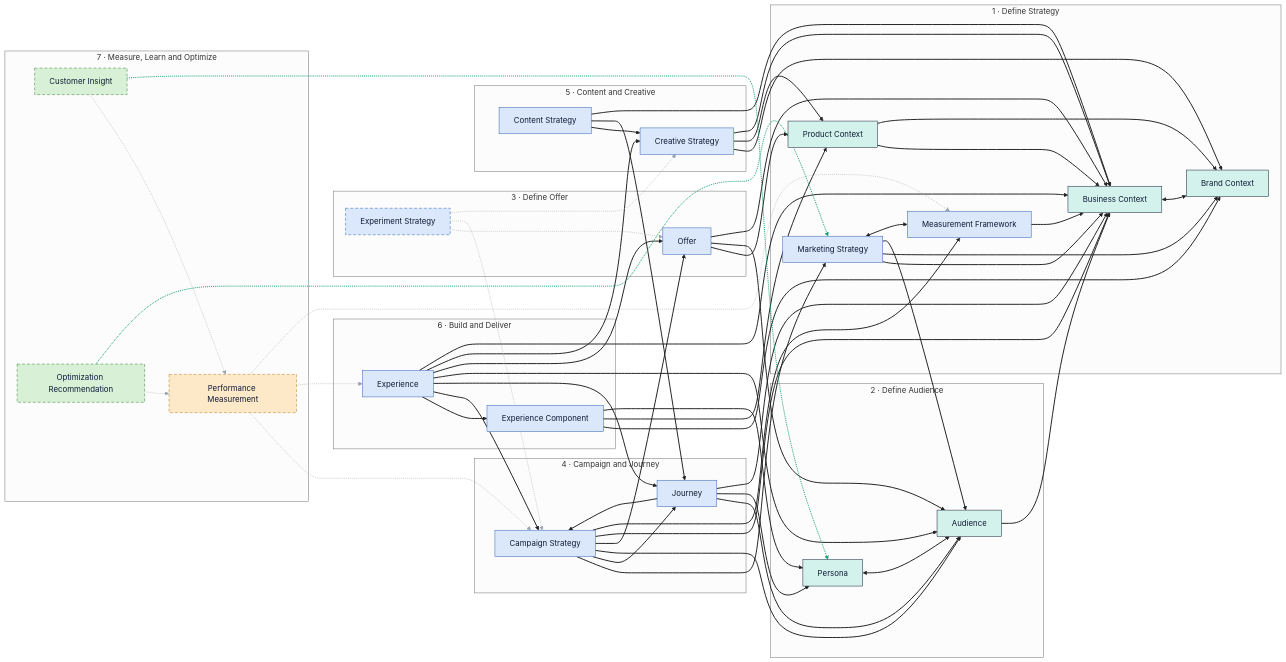
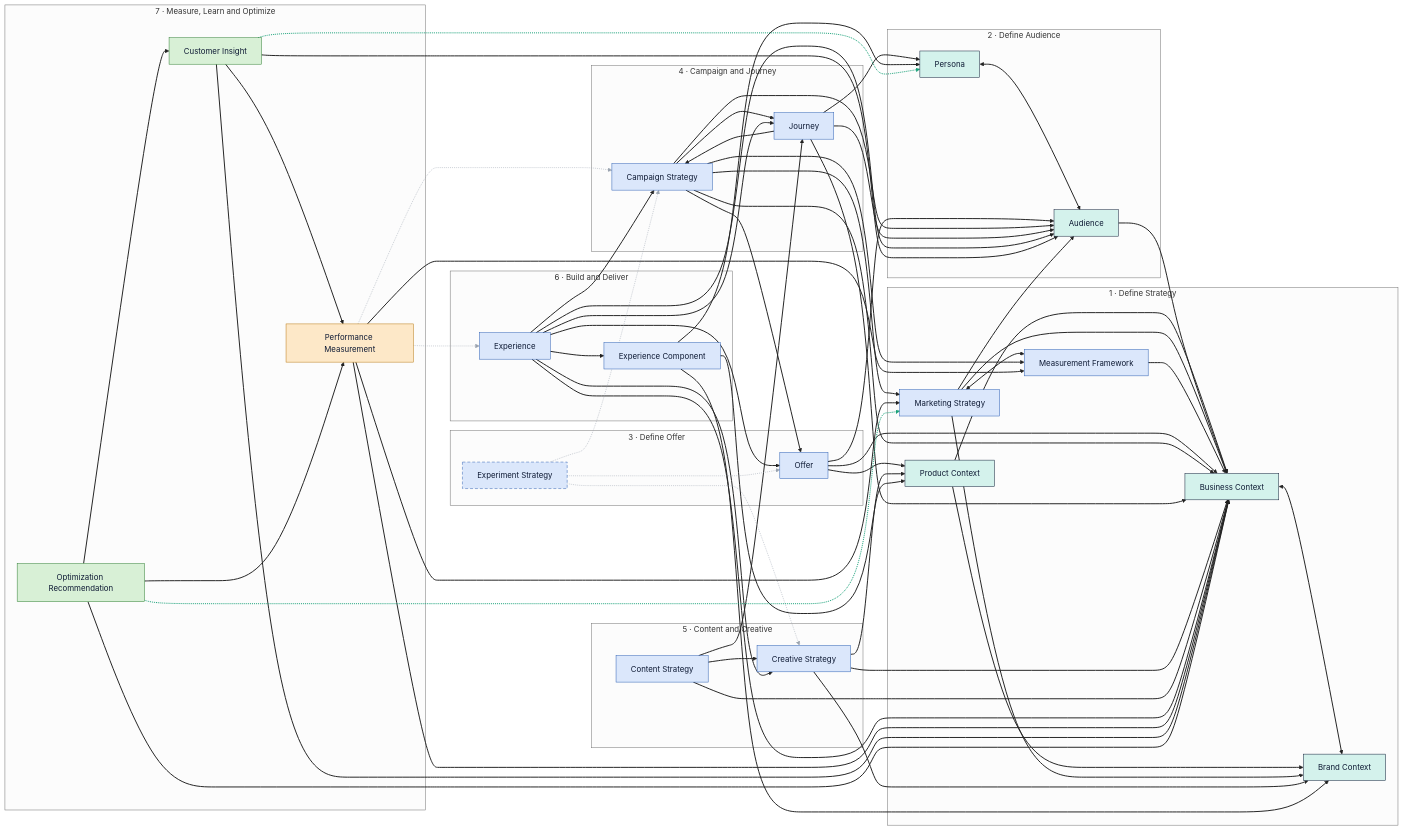
The diagram in GRAPH.md (open-semantic-marketing-model/osmm), drawn with Mermaid (neutral theme) before and after one commit. The commit also changed other lines of this file and 16 other files, not shown here.

````diff
--- a/GRAPH.md
+++ b/GRAPH.md
@@ -105,14 +105,20 @@
   experience_component --> brand_context
   experience_component --> product_context
   experience_component --> persona
+  performance_measurement --> measurement_framework
+  performance_measurement --> marketing_strategy
+  performance_measurement --> business_context
+  customer_insight --> performance_measurement
+  customer_insight --> audience
+  customer_insight --> business_context
+  optimization_recommendation --> customer_insight
+  optimization_recommendation --> performance_measurement
+  optimization_recommendation --> business_context
   experiment_strategy -.-> offer
   experiment_strategy -.-> campaign_strategy
   experiment_strategy -.-> creative_strategy
   performance_measurement -.-> campaign_strategy
   performance_measurement -.-> experience
-  performance_measurement -.-> measurement_framework
-  customer_insight -.-> performance_measurement
-  optimization_recommendation -.-> performance_measurement
   customer_insight -.-> persona
   optimization_recommendation -.-> marketing_strategy
   classDef context fill:#d4f2ec,stroke:#0f1b35,color:#0f1b35;
@@ -125,8 +131,8 @@
   class marketing_strategy,measurement_framework,offer,experiment_strategy,campaign_strategy,journey,creative_strategy,content_strategy,experience,experience_component workproduct;
   class performance_measurement measurement;
   class customer_insight,optimization_recommendation learning;
-  class experiment_strategy,performance_measurement,customer_insight,optimization_recommendation backlog;
-  linkStyle 0,1,2,3,4,5,6,7,8,9,10,11,12,13,14,15,16,17,18,19,20,21,22,23,24,25,26,27,28,29,30,31,32,33,34,35,36,37,38 stroke:#222222,stroke-width:2px;
-  linkStyle 39,40,41,42,43,44,45,46 stroke:#9aa3af,stroke-width:1px;
-  linkStyle 47,48 stroke:#1aa179,stroke-width:2px;
+  class experiment_strategy backlog;
+  linkStyle 0,1,2,3,4,5,6,7,8,9,10,11,12,13,14,15,16,17,18,19,20,21,22,23,24,25,26,27,28,29,30,31,32,33,34,35,36,37,38,39,40,41,42,43,44,45,46,47 stroke:#222222,stroke-width:2px;
+  linkStyle 48,49,50,51,52 stroke:#9aa3af,stroke-width:1px;
+  linkStyle 53,54 stroke:#1aa179,stroke-width:2px;
 ```
````
